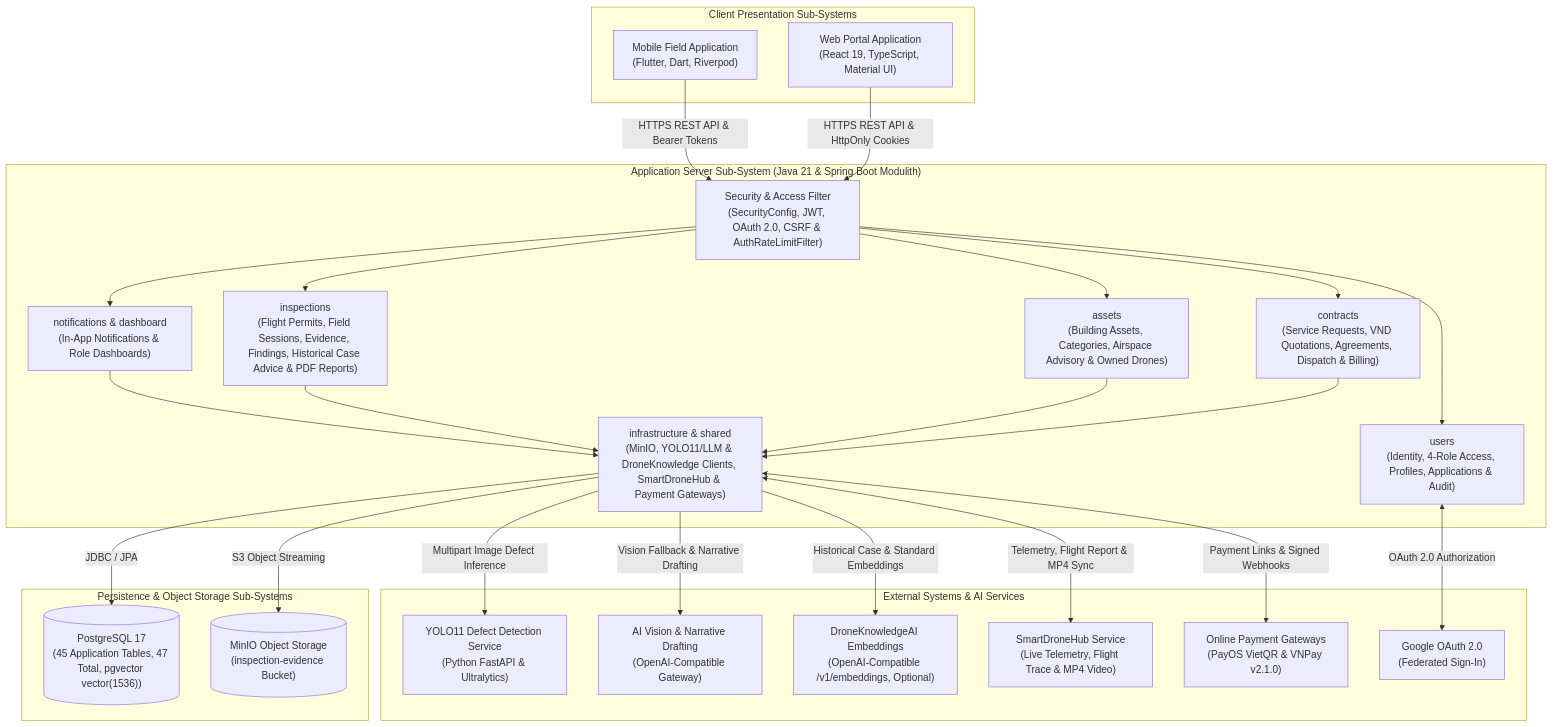
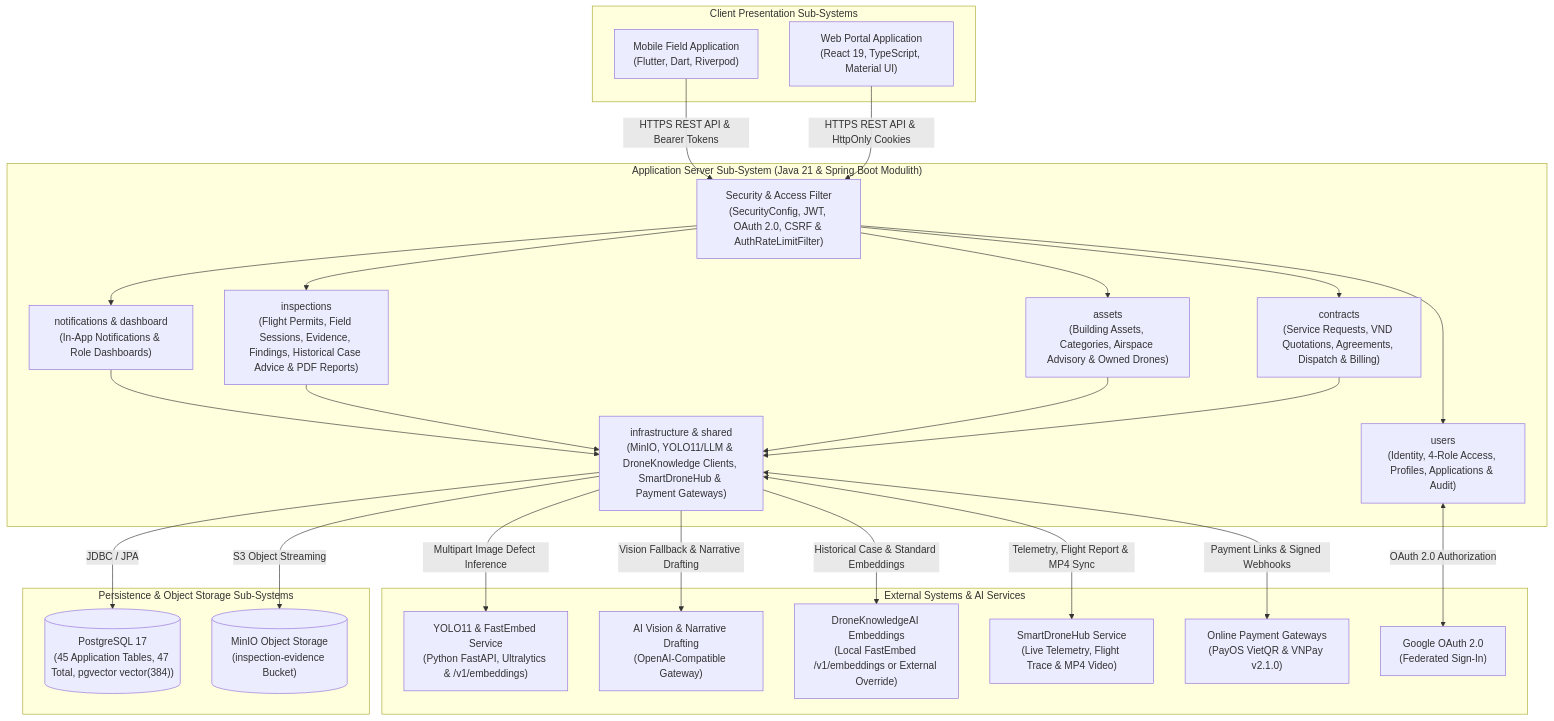
One commit to tungbach12/SmartDroneInspection-Docs changed the first of 4 diagrams in reports/report-4-software-design-document/01-system-design.md. Above: the diagram before and after it, drawn with Mermaid. The commit also changed other lines of this file and 25 other files, not shown here.

````diff
--- a/reports/report-4-software-design-document/01-system-design.md
+++ b/reports/report-4-software-design-document/01-system-design.md
@@ -18,55 +18,55 @@
 ```mermaid
 %% title: System Architecture Diagram
 flowchart TD
   subgraph Clients["Client Presentation Sub-Systems"]
     CLIENT_WEB["Web Portal Application\n(React 19, TypeScript, Material UI)"]
     CLIENT_MOB["Mobile Field Application\n(Flutter, Dart, Riverpod)"]
   end
 
   subgraph Backend["Application Server Sub-System (Java 21 & Spring Boot Modulith)"]
     SEC_FILTER["Security & Access Filter\n(SecurityConfig, JWT, OAuth 2.0, CSRF & AuthRateLimitFilter)"]
     MOD_USERS["users\n(Identity, 4-Role Access, Profiles, Applications & Audit)"]
     MOD_CONTRACTS["contracts\n(Service Requests, VND Quotations, Agreements, Dispatch & Billing)"]
     MOD_ASSETS["assets\n(Building Assets, Categories, Airspace Advisory & Owned Drones)"]
     MOD_INSP["inspections\n(Flight Permits, Field Sessions, Evidence, Findings, Historical Case Advice & PDF Reports)"]
     MOD_NOTIF["notifications & dashboard\n(In-App Notifications & Role Dashboards)"]
     MOD_INFRA["infrastructure & shared\n(MinIO, YOLO11/LLM & DroneKnowledge Clients, SmartDroneHub & Payment Gateways)"]
   end
 
   subgraph DataAndStorage["Persistence & Object Storage Sub-Systems"]
-    DB_PG[("PostgreSQL 17\n(45 Application Tables, 47 Total, pgvector vector(1536))")]
+    DB_PG[("PostgreSQL 17\n(45 Application Tables, 47 Total, pgvector vector(384))")]
     STORE_MINIO[("MinIO Object Storage\n(inspection-evidence Bucket)")]
   end
 
   subgraph ExternalAndAI["External Systems & AI Services"]
-    AI_SERVICE["YOLO11 Defect Detection Service\n(Python FastAPI & Ultralytics)"]
+    AI_SERVICE["YOLO11 & FastEmbed Service\n(Python FastAPI, Ultralytics & /v1/embeddings)"]
     LLM_GATEWAY["AI Vision & Narrative Drafting\n(OpenAI-Compatible Gateway)"]
-    KNOWLEDGE_AI["DroneKnowledgeAI Embeddings\n(OpenAI-Compatible /v1/embeddings, Optional)"]
+    KNOWLEDGE_AI["DroneKnowledgeAI Embeddings\n(Local FastEmbed /v1/embeddings or External Override)"]
     DRONE_HUB["SmartDroneHub Service\n(Live Telemetry, Flight Trace & MP4 Video)"]
     PAY_GATEWAY["Online Payment Gateways\n(PayOS VietQR & VNPay v2.1.0)"]
     GOOGLE_OAUTH["Google OAuth 2.0\n(Federated Sign-In)"]
   end
 
   CLIENT_WEB -->|"HTTPS REST API & HttpOnly Cookies"| SEC_FILTER
   CLIENT_MOB -->|"HTTPS REST API & Bearer Tokens"| SEC_FILTER
 
   SEC_FILTER --> MOD_USERS
   SEC_FILTER --> MOD_CONTRACTS
   SEC_FILTER --> MOD_ASSETS
   SEC_FILTER --> MOD_INSP
   SEC_FILTER --> MOD_NOTIF
 
   MOD_CONTRACTS --> MOD_INFRA
   MOD_ASSETS --> MOD_INFRA
   MOD_INSP --> MOD_INFRA
   MOD_NOTIF --> MOD_INFRA
 
   MOD_INFRA -->|"JDBC / JPA"| DB_PG
   MOD_INFRA -->|"S3 Object Streaming"| STORE_MINIO
   MOD_INFRA -->|"Multipart Image Defect Inference"| AI_SERVICE
   MOD_INFRA -->|"Vision Fallback & Narrative Drafting"| LLM_GATEWAY
   MOD_INFRA -->|"Historical Case & Standard Embeddings"| KNOWLEDGE_AI
   MOD_INFRA <-->|"Telemetry, Flight Report & MP4 Sync"| DRONE_HUB
   MOD_INFRA <-->|"Payment Links & Signed Webhooks"| PAY_GATEWAY
   MOD_USERS <-->|"OAuth 2.0 Authorization"| GOOGLE_OAUTH
 ```
````
